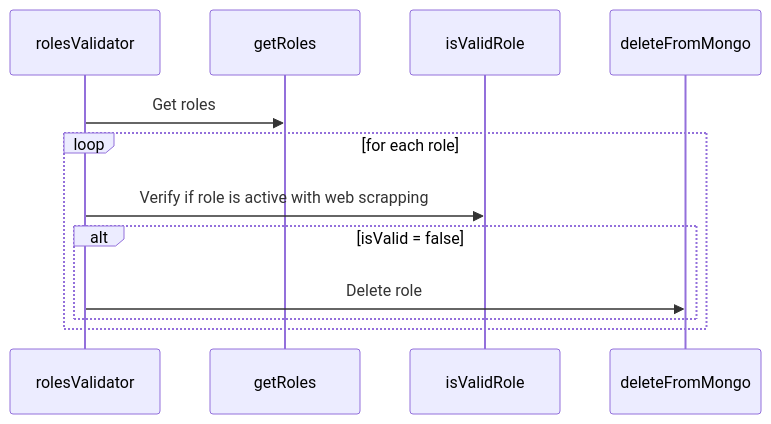
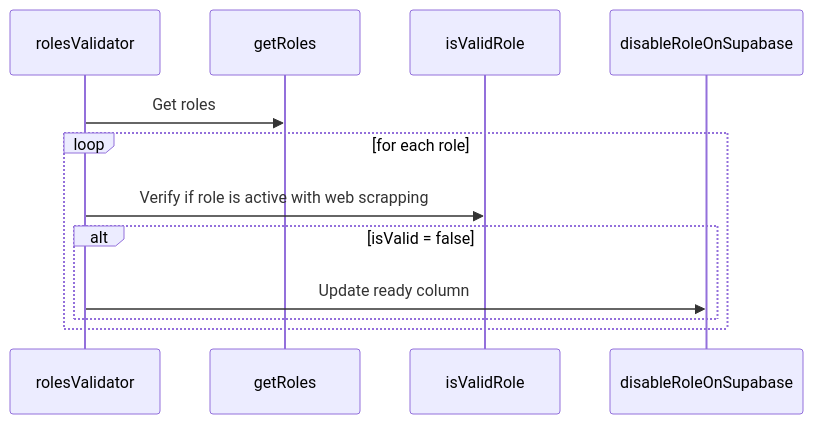
One commit to ocodista/trampar-de-casa changed the diagram in apps/auto-email-sender/roles-validator/README.md. Above: the diagram before and after it, drawn with Mermaid. The commit also changed other lines of this file and 7 other files, not shown here.

First line of the commit message:
refactor: update roles-validator service

````diff
--- a/apps/auto-email-sender/roles-validator/README.md
+++ b/apps/auto-email-sender/roles-validator/README.md
@@ -9,15 +9,15 @@
 ```mermaid
 sequenceDiagram
 participant rolesValidator
 participant getRoles
 participant isValidRole
-participant deleteFromMongo
+participant disableRoleOnSupabase
 
 rolesValidator->>getRoles: Get roles
 loop for each role
   rolesValidator->>isValidRole: Verify if role is active with web scrapping
   alt isValid = false
-    rolesValidator->>deleteFromMongo: Delete role
+    rolesValidator->>disableRoleOnSupabase: Update ready column
   end
 end
 ```
````
